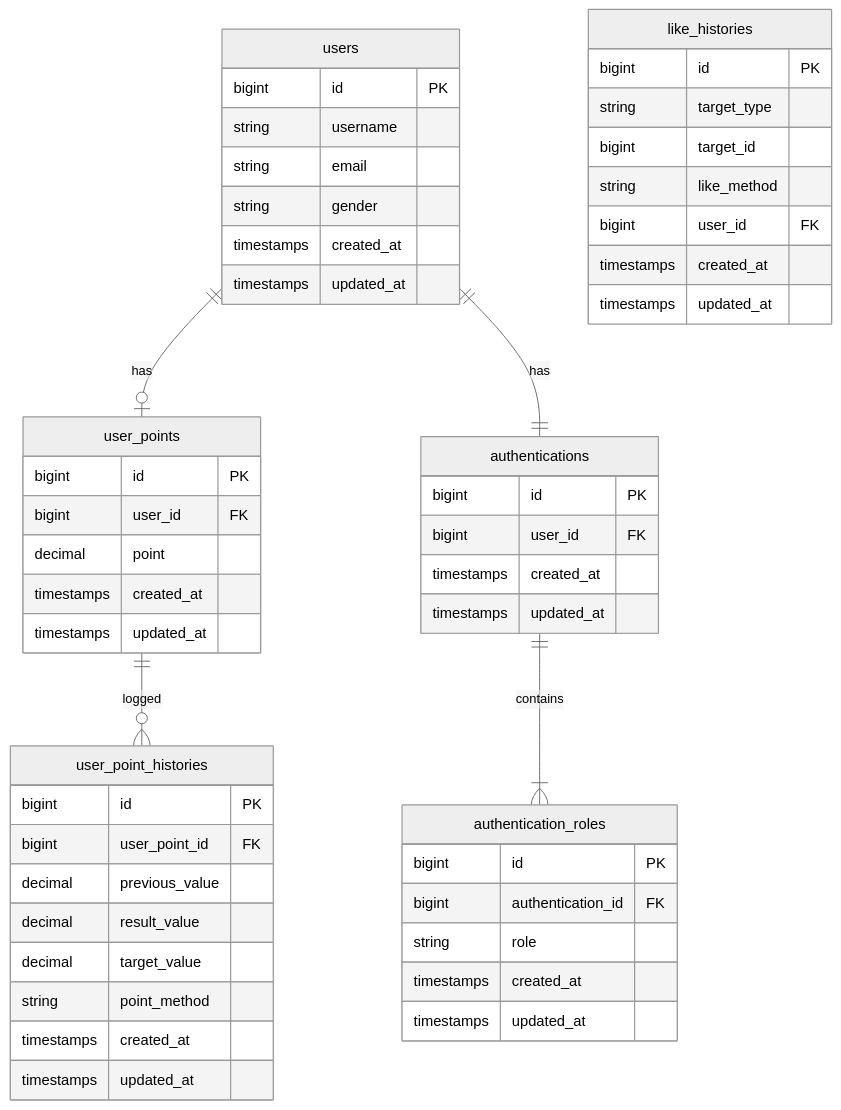
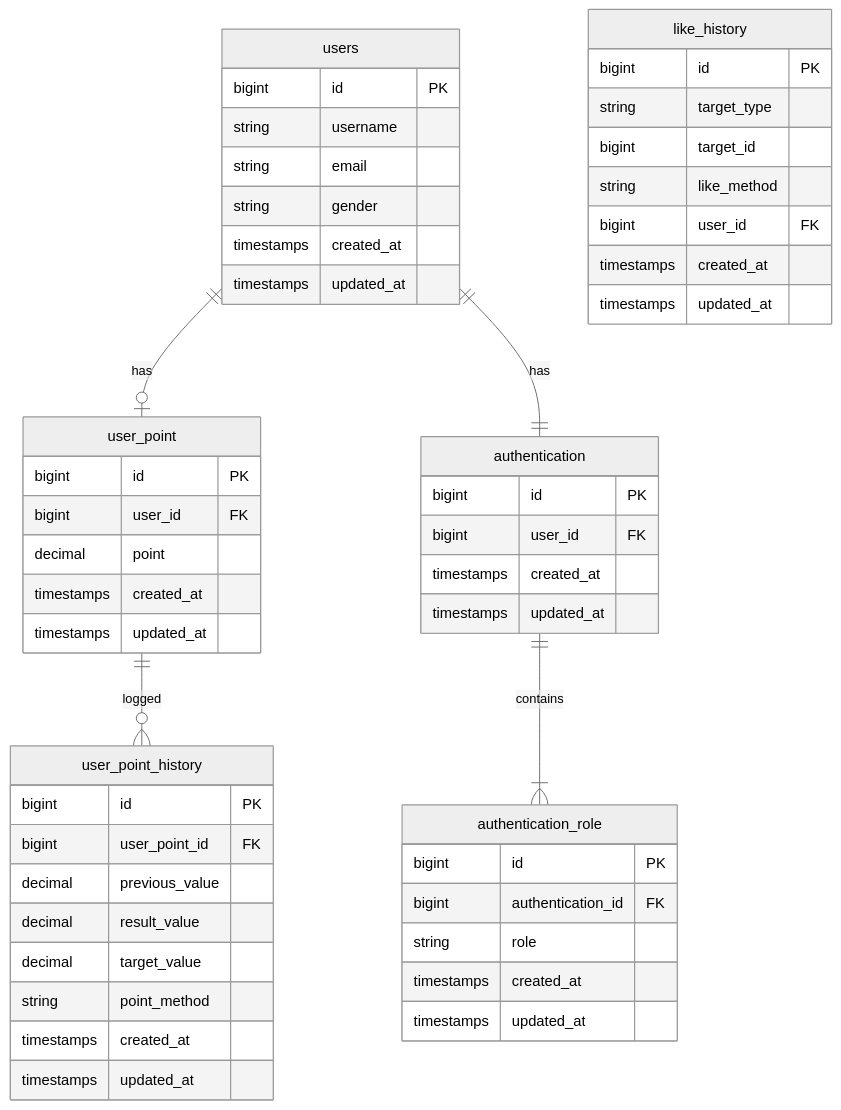
One commit to jsween5723/loopers-spring-kotlin-template changed the first of 6 diagrams in docs/04-erd.md. Above: the diagram before and after it, drawn with Mermaid (neutral theme). The commit also changed other lines of this file and 3 other files, not shown here.

````diff
--- a/docs/04-erd.md
+++ b/docs/04-erd.md
@@ -1,55 +1,55 @@
 ```mermaid
 erDiagram
     users {
         bigint id PK
         string username
         string email
         string gender
         timestamps created_at
         timestamps updated_at
     }
-    user_points {
+    user_point {
         bigint id PK
         bigint user_id FK
         decimal point
         timestamps created_at
         timestamps updated_at
     }
-    user_point_histories {
+    user_point_history {
         bigint id PK
         bigint user_point_id FK
         decimal previous_value
         decimal result_value
         decimal target_value
         string point_method
         timestamps created_at
         timestamps updated_at
     }
-    authentications {
+    authentication {
         bigint id PK
         bigint user_id FK
         timestamps created_at
         timestamps updated_at
     }
-    authentication_roles {
+    authentication_role {
         bigint id PK
         bigint authentication_id FK
         string role
         timestamps created_at
         timestamps updated_at
     }
 
-    like_histories {
+    like_history {
         bigint id PK
         string target_type
         bigint target_id
         string like_method
         bigint user_id FK
         timestamps created_at
         timestamps updated_at
     }
-    users ||--o| user_points : has
-    users ||--|| authentications : has
-    authentications ||--|{ authentication_roles : contains
-    user_points ||--o{ user_point_histories: logged
+    users ||--o| user_point : has
+    users ||--|| authentication : has
+    authentication ||--|{ authentication_role : contains
+    user_point ||--o{ user_point_history: logged
 ```
````
